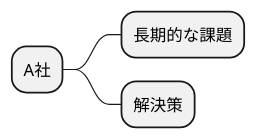
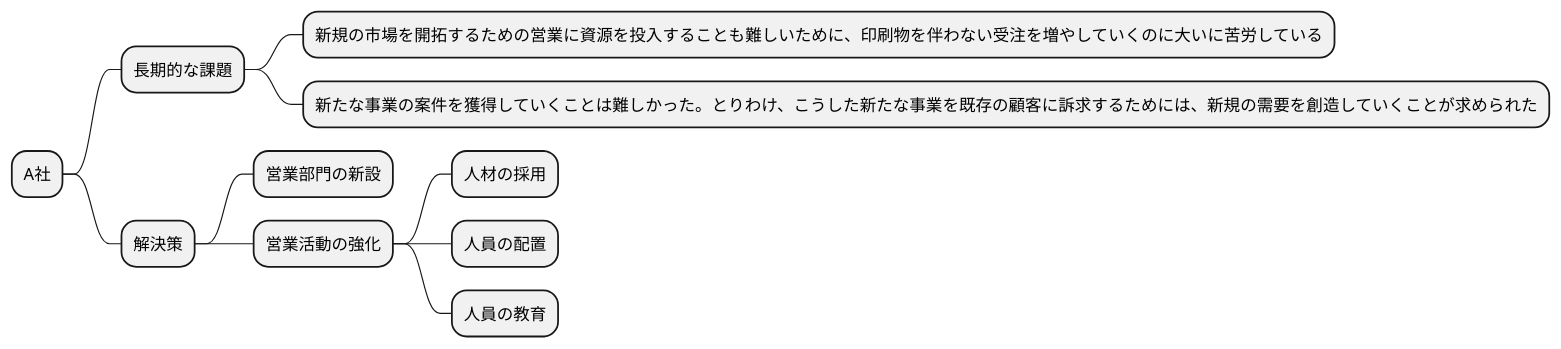
One commit to k2works/requirements_definition_excercise changed the tenth of 10 diagrams in docs/R03/master/study_1_r03.md. Above: the diagram before and after it, drawn with PlantUML. The commit also changed other lines of this file, not shown here.

````diff
--- a/docs/R03/master/study_1_r03.md
+++ b/docs/R03/master/study_1_r03.md
@@ -314,9 +324,17 @@
 ```plantuml
 @startmindmap
 
 * A社
 ** 長期的な課題
+*** 新規の市場を開拓するための営業に資源を投入することも難しいために、印刷物を伴わない受注を増やしていくのに大いに苦労している
+*** 新たな事業の案件を獲得していくことは難しかった。とりわけ、こうした新たな事業を既存の顧客に訴求するためには、新規の需要を創造していくことが求められた
 ** 解決策
+*** 営業部門の新設
+*** 営業活動の強化
+**** 人材の採用
+**** 人員の配置
+**** 人員の教育
+
 
 @endmindmap
 ```
````
